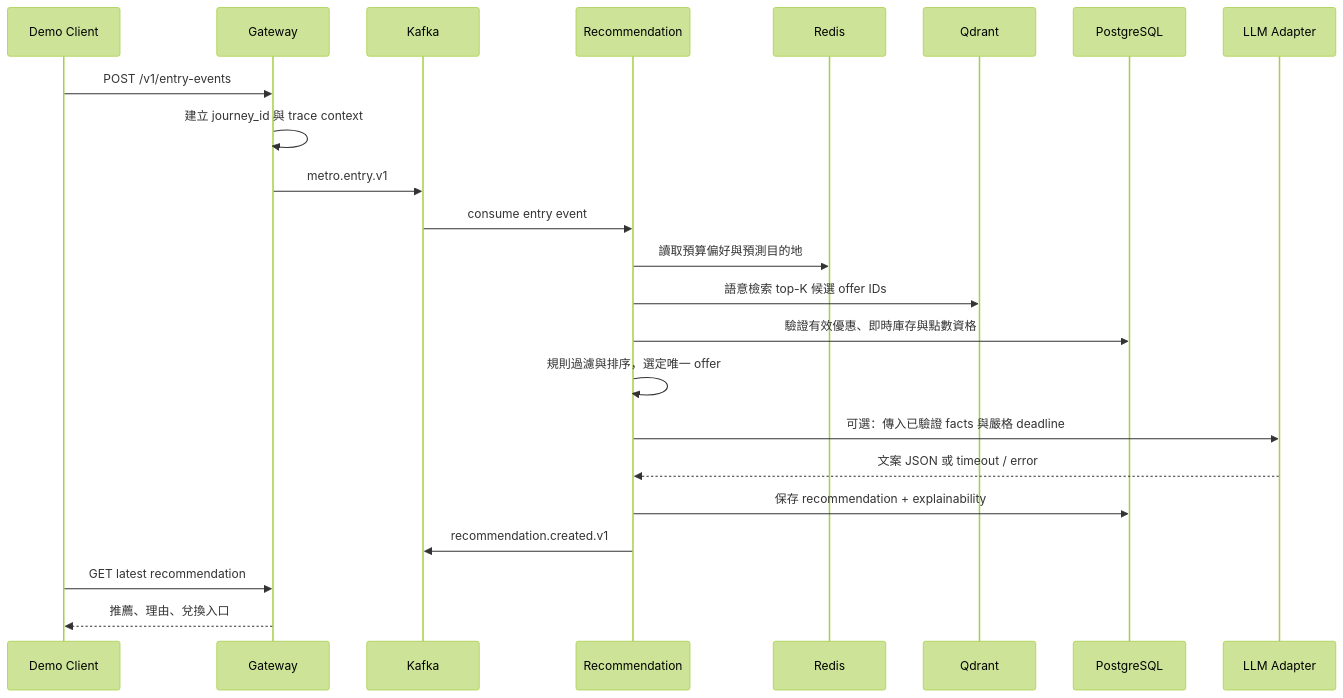
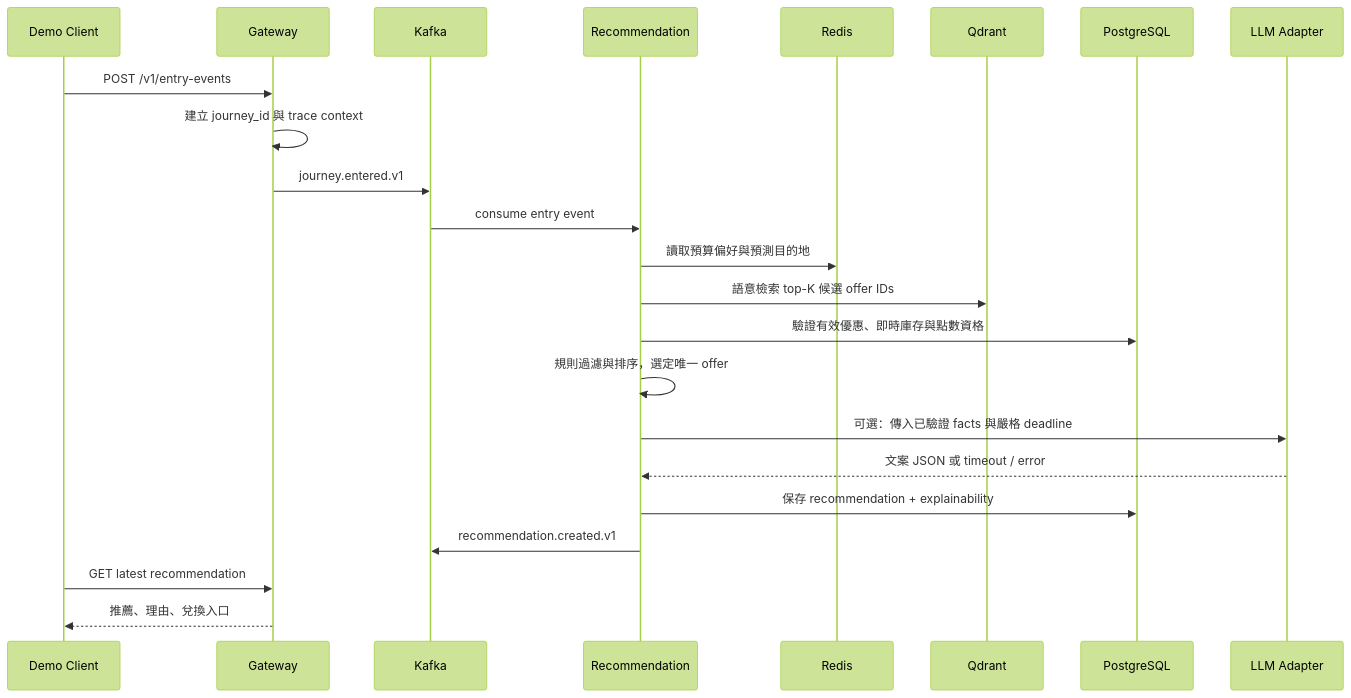
The second of 2 diagrams in docs/architecture.md (HiIamJeff67/spacetime-node), drawn with Mermaid (forest theme) before and after one commit. The commit also changed other lines of this file and 48 other files, not shown here.

````diff
--- a/docs/architecture.md
+++ b/docs/architecture.md
@@ -235,26 +239,26 @@
 ```mermaid
 sequenceDiagram
     participant C as Demo Client
     participant G as Gateway
     participant K as Kafka
     participant R as Recommendation
     participant Redis as Redis
     participant V as Qdrant
     participant PG as PostgreSQL
     participant L as LLM Adapter
 
     C->>G: POST /v1/entry-events
     G->>G: 建立 journey_id 與 trace context
-    G->>K: metro.entry.v1
+    G->>K: journey.entered.v1
     K->>R: consume entry event
     R->>Redis: 讀取預算偏好與預測目的地
     R->>V: 語意檢索 top-K 候選 offer IDs
     R->>PG: 驗證有效優惠、即時庫存與點數資格
     R->>R: 規則過濾與排序，選定唯一 offer
     R->>L: 可選：傳入已驗證 facts 與嚴格 deadline
     L-->>R: 文案 JSON 或 timeout / error
     R->>PG: 保存 recommendation + explainability
     R->>K: recommendation.created.v1
     C->>G: GET latest recommendation
     G-->>C: 推薦、理由、兌換入口
 ```
````
